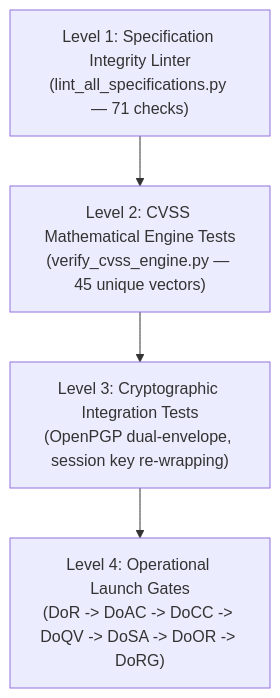
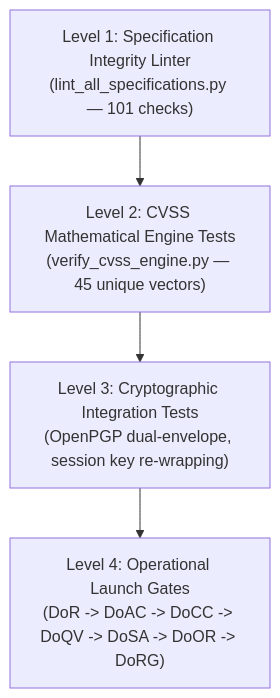
One commit to Taha-Asad/BugBountyTracker changed the diagram in README.md. Above: the diagram before and after it, drawn with Mermaid. The commit also changed other lines of this file and 35 other files, not shown here.

Commit message:
fix(spec): resolve critical audit findings, synchronize canonical diagrams, enforce task honesty, and expand linter to 101 checks

````diff
--- a/README.md
+++ b/README.md
@@ -115,6 +115,6 @@
 ```mermaid
 flowchart TD
-    L1["Level 1: Specification Integrity Linter<br/>(lint_all_specifications.py — 71 checks)"] --> L2["Level 2: CVSS Mathematical Engine Tests<br/>(verify_cvss_engine.py — 45 unique vectors)"]
+    L1["Level 1: Specification Integrity Linter<br/>(lint_all_specifications.py — 101 checks)"] --> L2["Level 2: CVSS Mathematical Engine Tests<br/>(verify_cvss_engine.py — 45 unique vectors)"]
     L2 --> L3["Level 3: Cryptographic Integration Tests<br/>(OpenPGP dual-envelope, session key re-wrapping)"]
     L3 --> L4["Level 4: Operational Launch Gates<br/>(DoR -> DoAC -> DoCC -> DoQV -> DoSA -> DoOR -> DoRG)"]
 ```
````
